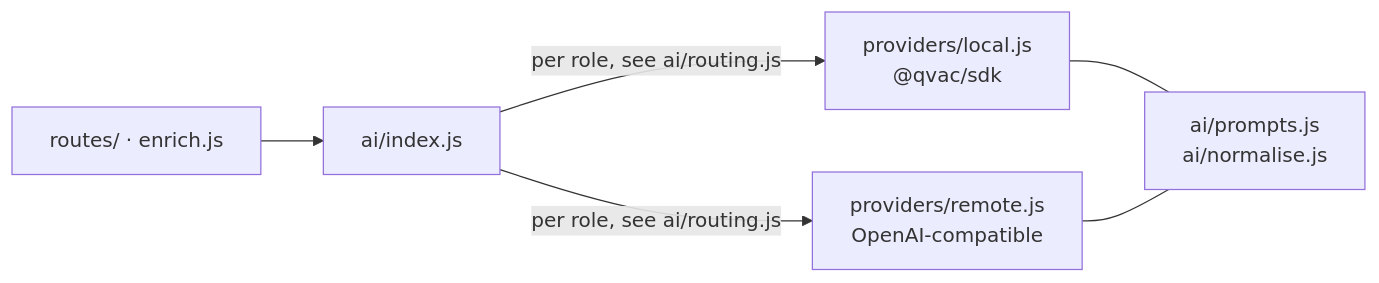
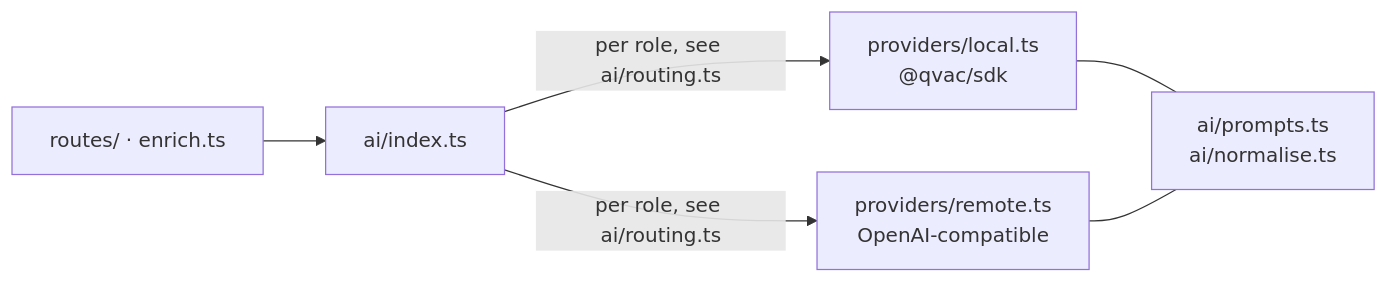
The diagram in docs/models.md (IbrahimTareq/kothai), drawn with Mermaid before and after one commit. The commit also changed other lines of this file and 66 other files, not shown here.

````diff
--- a/docs/models.md
+++ b/docs/models.md
@@ -140,8 +140,8 @@
 ```mermaid
 flowchart LR
-  APP["routes/ · enrich.js"] --> F["ai/index.js"]
-  F -->|"per role, see ai/routing.js"| L["providers/local.js<br/>@qvac/sdk"]
-  F -->|"per role, see ai/routing.js"| R["providers/remote.js<br/>OpenAI-compatible"]
-  L --- P["ai/prompts.js<br/>ai/normalise.js"]
+  APP["routes/ · enrich.ts"] --> F["ai/index.ts"]
+  F -->|"per role, see ai/routing.ts"| L["providers/local.ts<br/>@qvac/sdk"]
+  F -->|"per role, see ai/routing.ts"| R["providers/remote.ts<br/>OpenAI-compatible"]
+  L --- P["ai/prompts.ts<br/>ai/normalise.ts"]
   R --- P
 ```
````
